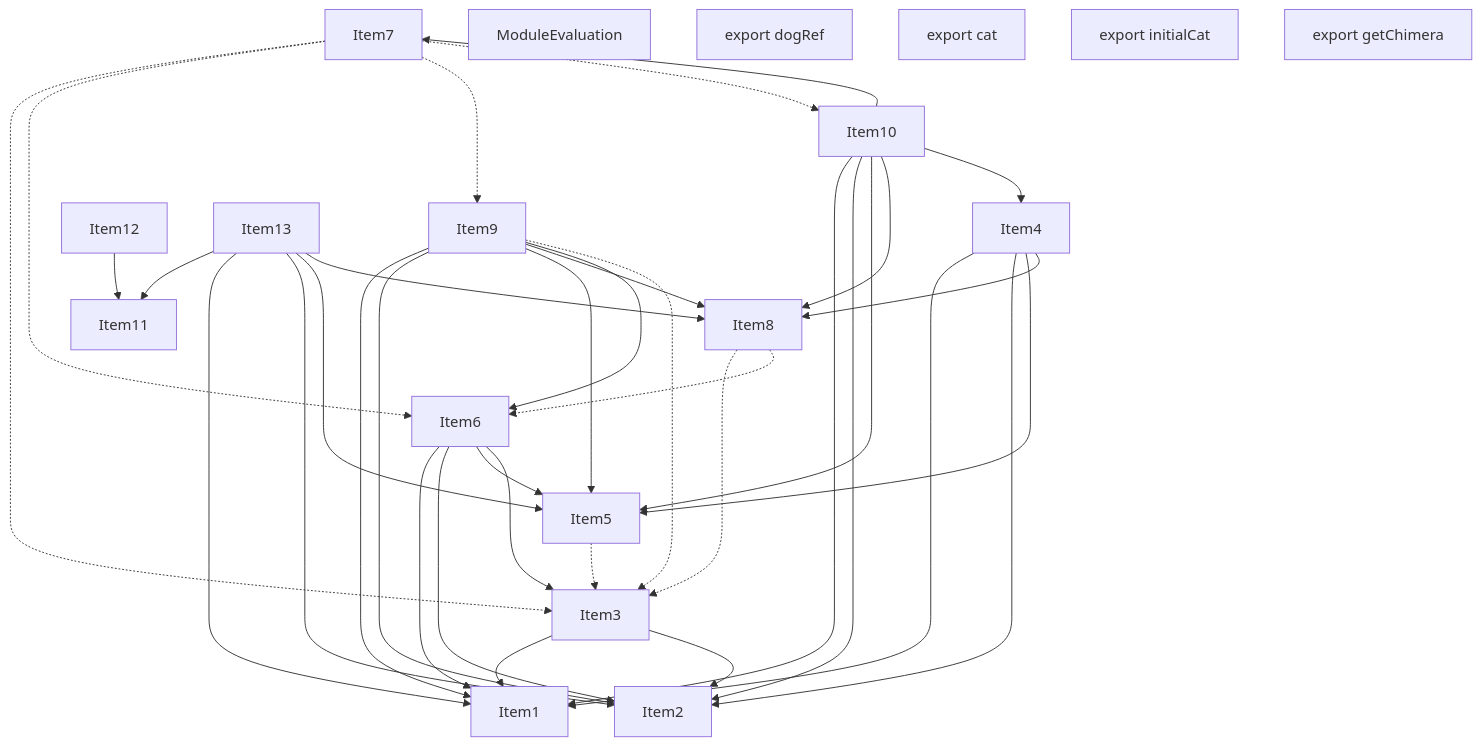
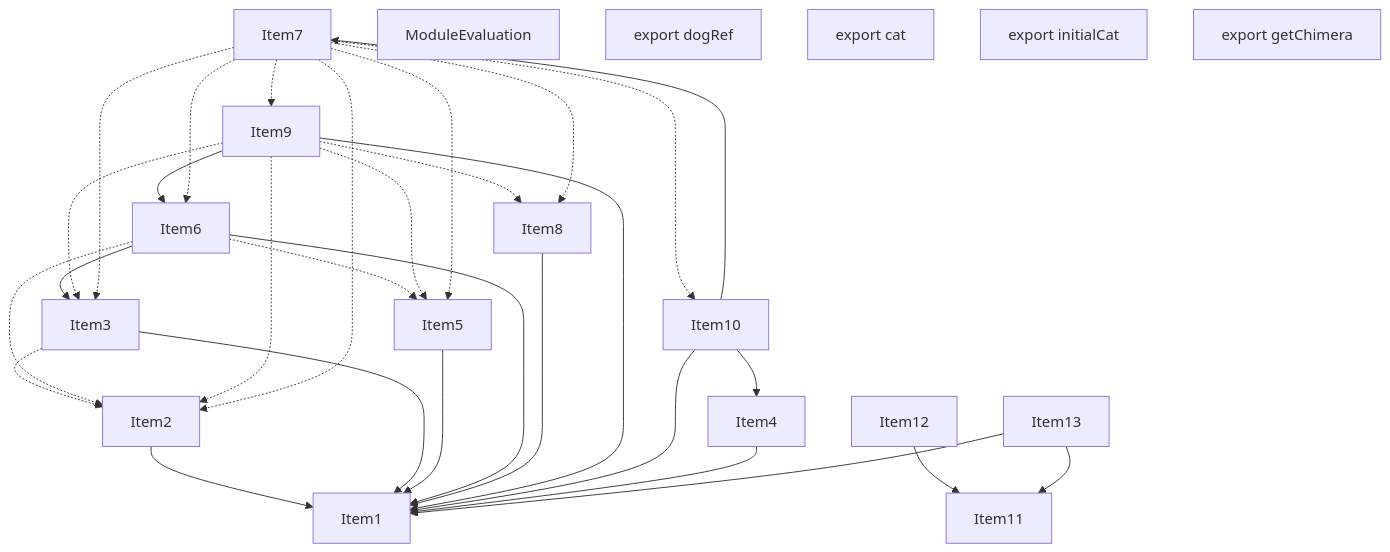
One commit to vercel/turborepo changed the third of 4 diagrams in crates/turbopack-ecmascript/tests/tree-shaker/analyzer/complex/output.md. Above: the diagram before and after it, drawn with Mermaid. The commit also changed other lines of this file and 2 other files, not shown here.

````diff
--- a/crates/turbopack-ecmascript/tests/tree-shaker/analyzer/complex/output.md
+++ b/crates/turbopack-ecmascript/tests/tree-shaker/analyzer/complex/output.md
@@ -217,61 +214,55 @@
 ```mermaid
 graph TD
     Item1;
     Item2;
     Item3;
     Item4;
     Item5;
     Item6;
     Item7;
     Item8;
     Item9;
     Item10;
     Item11;
     Item12;
     Item13;
     Item14;
     Item14["ModuleEvaluation"];
     Item15;
     Item15["export dogRef"];
     Item16;
     Item16["export cat"];
     Item17;
     Item17["export initialCat"];
     Item18;
     Item18["export getChimera"];
+    Item2 --> Item1;
     Item3 --> Item1;
-    Item3 --> Item2;
-    Item5 -.-> Item3;
+    Item3 -.-> Item2;
+    Item5 --> Item1;
     Item6 --> Item1;
-    Item6 --> Item2;
-    Item6 --> Item5;
     Item6 --> Item3;
-    Item8 -.-> Item3;
-    Item8 -.-> Item6;
+    Item6 -.-> Item2;
+    Item6 -.-> Item5;
+    Item8 --> Item1;
     Item9 --> Item1;
-    Item9 --> Item2;
-    Item9 --> Item5;
-    Item9 --> Item8;
     Item9 --> Item6;
+    Item9 -.-> Item2;
     Item9 -.-> Item3;
+    Item9 -.-> Item5;
+    Item9 -.-> Item8;
     Item10 --> Item1;
-    Item10 --> Item2;
-    Item10 --> Item5;
-    Item10 --> Item8;
     Item10 --> Item4;
     Item10 --> Item7;
     Item12 --> Item11;
     Item4 --> Item1;
-    Item4 --> Item2;
-    Item4 --> Item5;
-    Item4 --> Item8;
+    Item7 -.-> Item2;
     Item7 -.-> Item3;
+    Item7 -.-> Item5;
     Item7 -.-> Item6;
+    Item7 -.-> Item8;
     Item7 -.-> Item9;
     Item7 -.-> Item10;
     Item13 --> Item11;
     Item13 --> Item1;
-    Item13 --> Item2;
-    Item13 --> Item5;
-    Item13 --> Item8;
 ```
````
